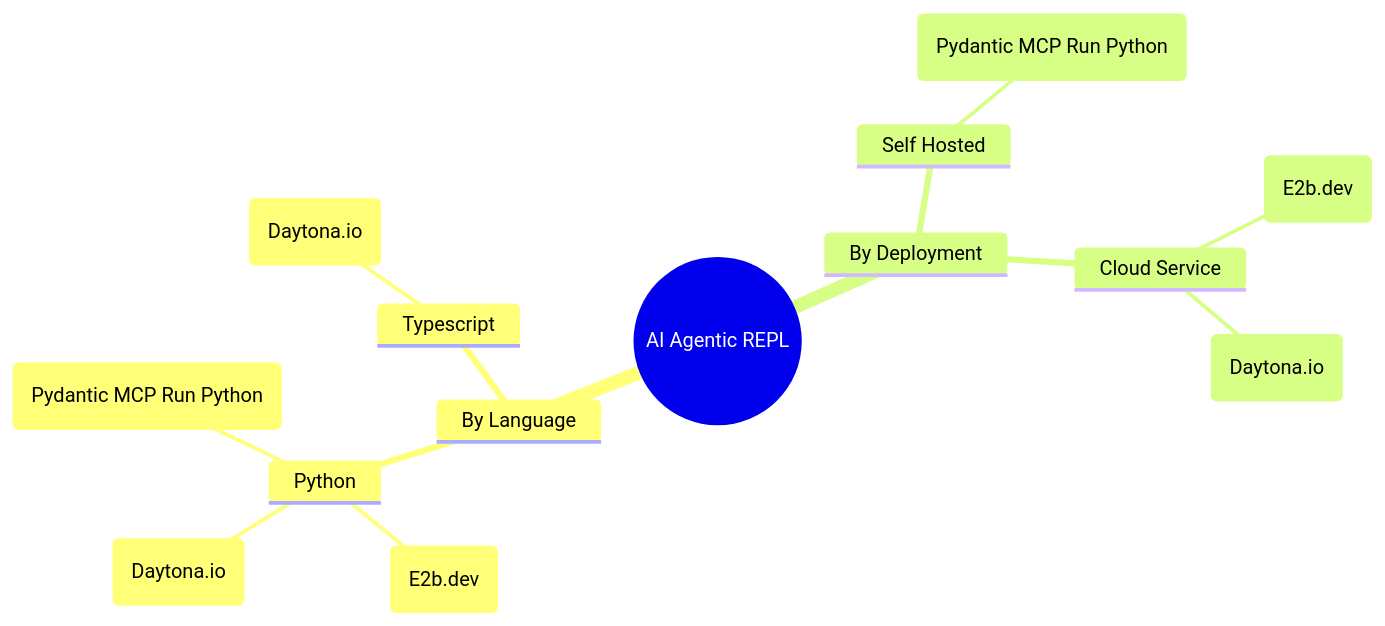
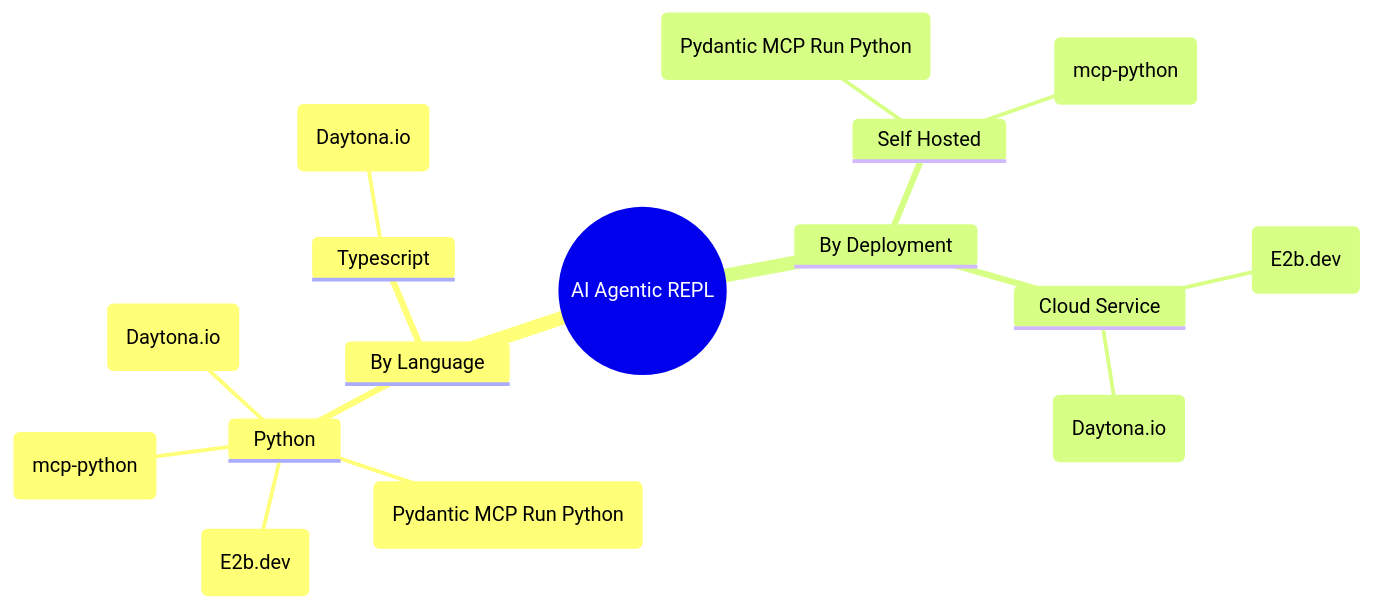
One commit to semaverse/agentic-codesandboxes changed the diagram in README.md. Above: the diagram before and after it, drawn with Mermaid. The commit also changed other lines of this file, not shown here.

````diff
--- a/README.md
+++ b/README.md
@@ -5,18 +5,20 @@
 ```mermaid
 mindmap
   root((AI Agentic REPL))
     By Language
       Python
         ("Pydantic MCP Run Python")
         (E2b.dev)
         (Daytona.io)
+        (mcp-python)
       Typescript
         (Daytona.io)
           
     By Deployment
       Self Hosted
          ("Pydantic MCP Run Python")
+         (mcp-python)
       Cloud Service
          (E2b.dev)
          (Daytona.io)
 ```
````
